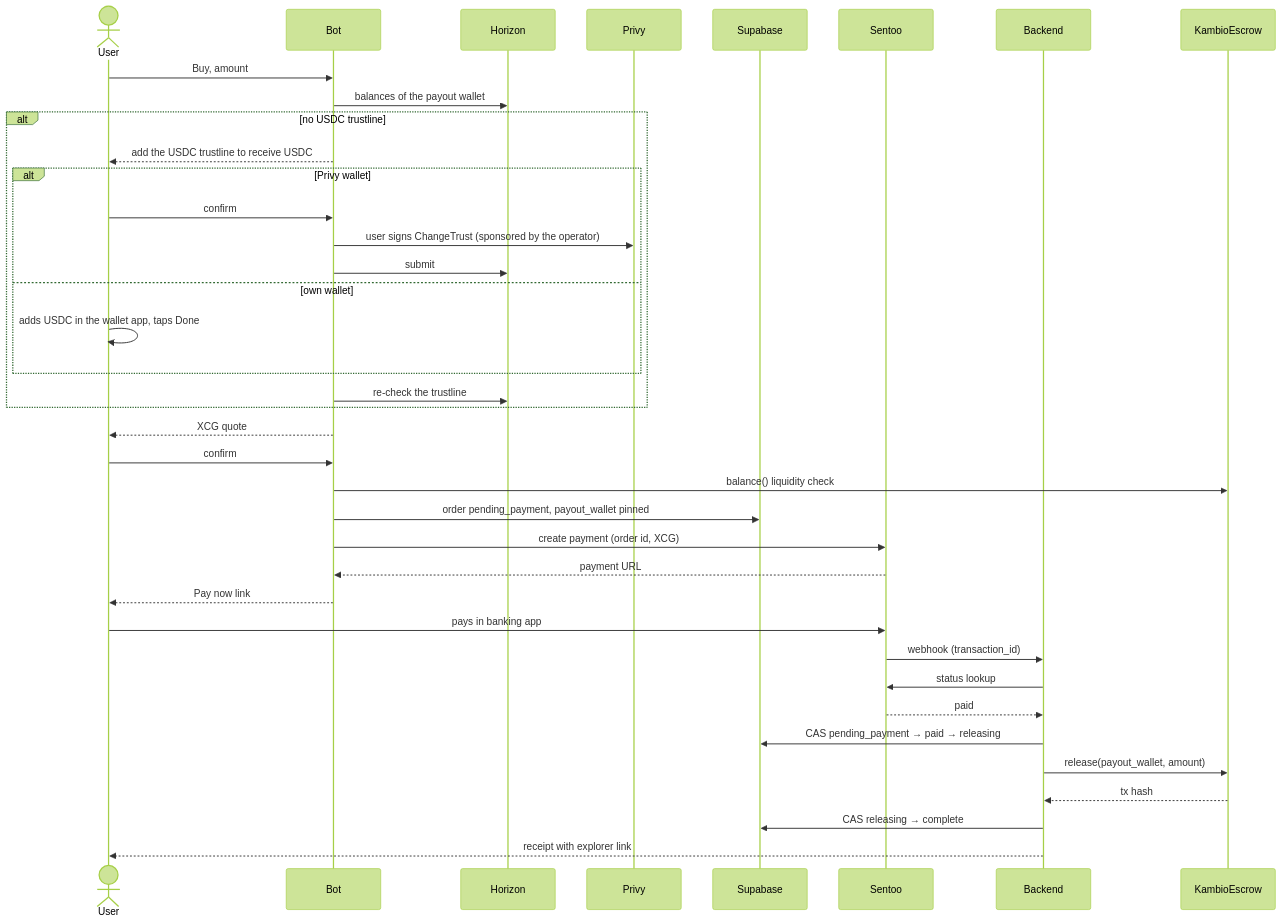
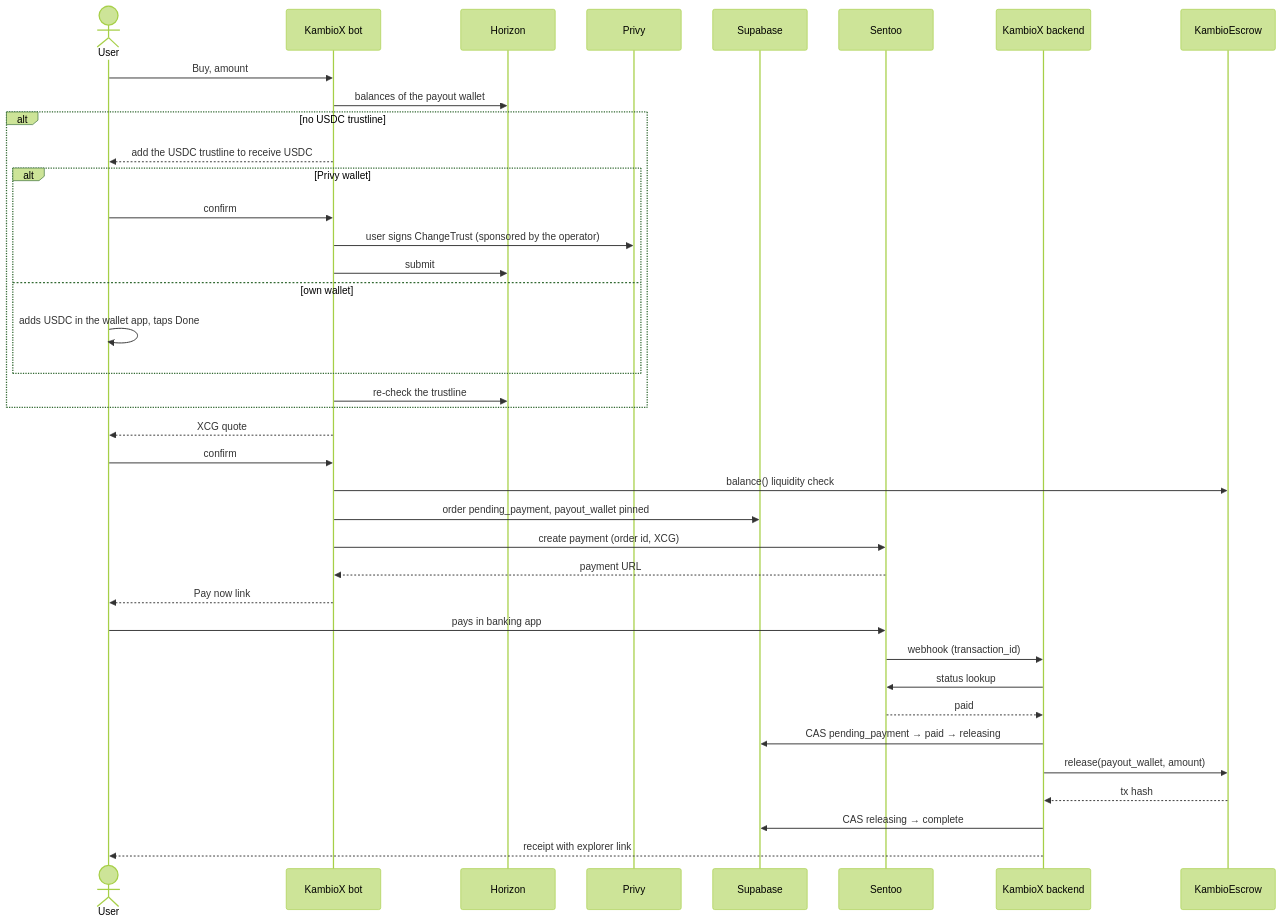
The fourth of 8 diagrams in contracts/stellar/ARCHITECTURE.md (BreadchainCoop/curacao-crypto-onramp-bot), drawn with Mermaid (forest theme) before and after one commit. The commit also changed other lines of this file, not shown here.

Commit message:
docs(stellar): name the KambioX bot and backend in the diagrams

````diff
--- a/contracts/stellar/ARCHITECTURE.md
+++ b/contracts/stellar/ARCHITECTURE.md
@@ -103,41 +103,41 @@
 ```mermaid
 sequenceDiagram
   actor U as User
-  participant B as Bot
+  participant B as KambioX bot
   participant H as Horizon
   participant P as Privy
   participant DB as Supabase
   participant S as Sentoo
-  participant BE as Backend
+  participant BE as KambioX backend
   participant KE as KambioEscrow
 
   U->>B: Buy, amount
   B->>H: balances of the payout wallet
   alt no USDC trustline
     B-->>U: add the USDC trustline to receive USDC
     alt Privy wallet
       U->>B: confirm
       B->>P: user signs ChangeTrust (sponsored by the operator)
       B->>H: submit
     else own wallet
       U->>U: adds USDC in the wallet app, taps Done
     end
     B->>H: re-check the trustline
   end
   B-->>U: XCG quote
   U->>B: confirm
   B->>KE: balance() liquidity check
   B->>DB: order pending_payment, payout_wallet pinned
   B->>S: create payment (order id, XCG)
   S-->>B: payment URL
   B-->>U: Pay now link
   U->>S: pays in banking app
   S->>BE: webhook (transaction_id)
   BE->>S: status lookup
   S-->>BE: paid
   BE->>DB: CAS pending_payment → paid → releasing
   BE->>KE: release(payout_wallet, amount)
   KE-->>BE: tx hash
   BE->>DB: CAS releasing → complete
   BE-->>U: receipt with explorer link
 ```
````
